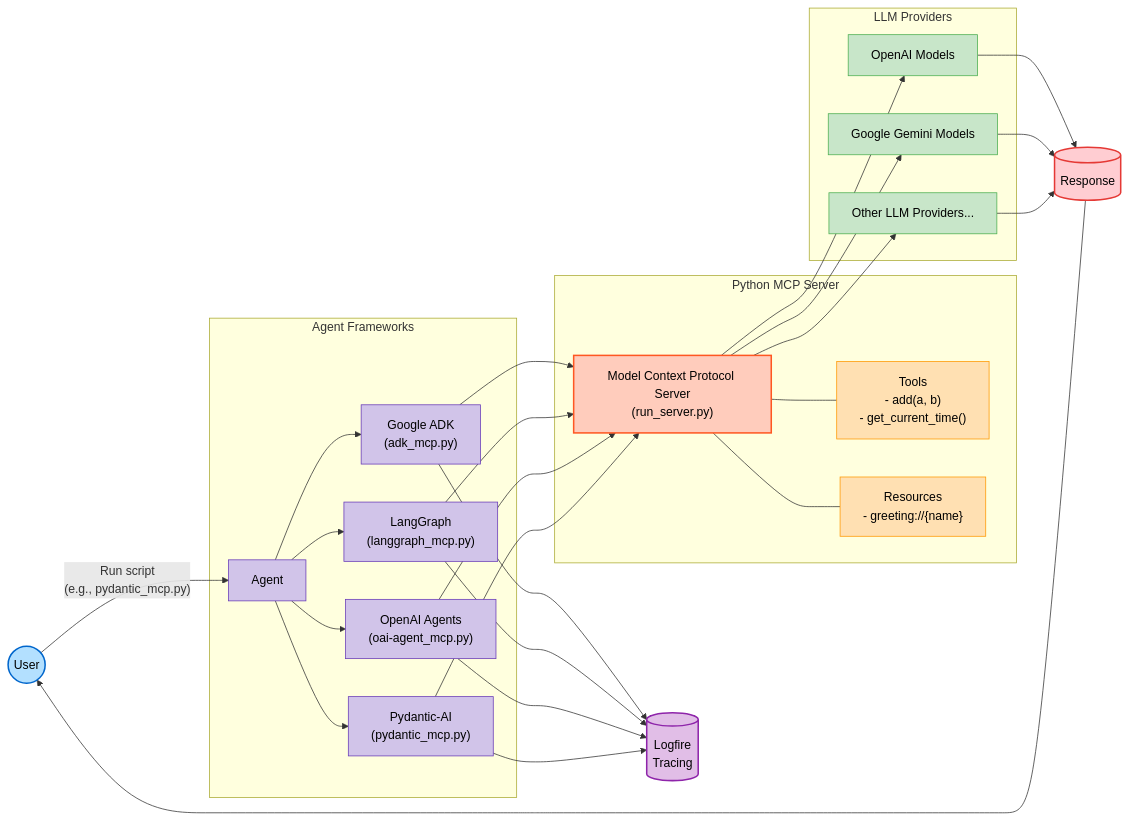
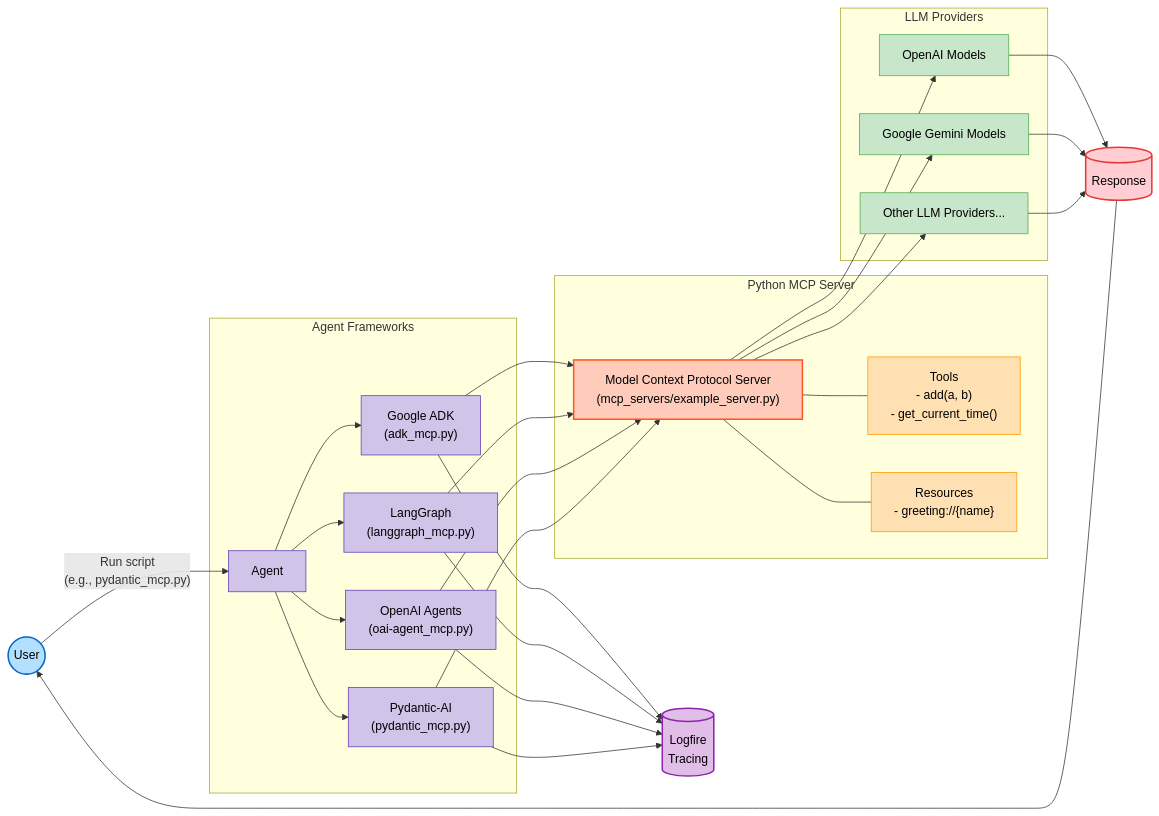
One commit to andrewginns/agents-mcp-usage changed the first of 2 diagrams in agents_mcp_usage/basic_mcp/README.md. Above: the diagram before and after it, drawn with Mermaid. The commit also changed other lines of this file and 11 other files, not shown here.

Commit message:
chore: Update README and examples to reflect new Python MCP server structure and usage

````diff
--- a/agents_mcp_usage/basic_mcp/README.md
+++ b/agents_mcp_usage/basic_mcp/README.md
@@ -30,70 +30,70 @@
 ```mermaid
 graph LR
     User((User)) --> |"Run script<br>(e.g., pydantic_mcp.py)"| Agent
 
     subgraph "Agent Frameworks"
         Agent[Agent]
         ADK["Google ADK<br>(adk_mcp.py)"]
         LG["LangGraph<br>(langgraph_mcp.py)"]
         OAI["OpenAI Agents<br>(oai-agent_mcp.py)"]
         PYD["Pydantic-AI<br>(pydantic_mcp.py)"]
         
         Agent --> ADK
         Agent --> LG
         Agent --> OAI
         Agent --> PYD
     end
 
     subgraph "Python MCP Server"
-        MCP["Model Context Protocol Server<br>(run_server.py)"]
+        MCP["Model Context Protocol Server<br>(mcp_servers/example_server.py)"]
         Tools["Tools<br>- add(a, b)<br>- get_current_time()"]
         Resources["Resources<br>- greeting://{name}"]
         MCP --- Tools
         MCP --- Resources
     end
 
     subgraph "LLM Providers"
         OAI_LLM["OpenAI Models"]
         GEM["Google Gemini Models"]
         OTHER["Other LLM Providers..."]
     end
     
     Logfire[("Logfire<br>Tracing")]
     
     ADK --> MCP
     LG --> MCP
     OAI --> MCP
     PYD --> MCP
     
     MCP --> OAI_LLM
     MCP --> GEM
     MCP --> OTHER
     
     ADK --> Logfire
     LG --> Logfire
     OAI --> Logfire
     PYD --> Logfire
     
     LLM_Response[("Response")] --> User
     OAI_LLM --> LLM_Response
     GEM --> LLM_Response
     OTHER --> LLM_Response
 
     %% Node styling for better dark/light mode readability
     classDef userNode fill:#b3e0ff,stroke:#0066cc,stroke-width:2px,color:#000000;
     classDef agentNode fill:#d1c4e9,stroke:#673ab7,stroke-width:1px,color:#000000;
     classDef mcpNode fill:#ffccbc,stroke:#ff5722,stroke-width:2px,color:#000000;
     classDef toolNode fill:#ffe0b2,stroke:#ff9800,stroke-width:1px,color:#000000;
     classDef llmNode fill:#c8e6c9,stroke:#4caf50,stroke-width:1px,color:#000000;
     classDef outputNode fill:#ffcdd2,stroke:#e53935,stroke-width:2px,color:#000000;
     classDef logNode fill:#e1bee7,stroke:#8e24aa,stroke-width:2px,color:#000000;
 
     %% Apply styles to nodes
     class User,LLM_Response userNode;
     class Agent,ADK,LG,OAI,PYD agentNode;
     class MCP mcpNode;
     class Tools,Resources toolNode;
     class OAI_LLM,GEM,OTHER llmNode;
     class LLM_Response outputNode;
     class Logfire logNode;
 ```
````
